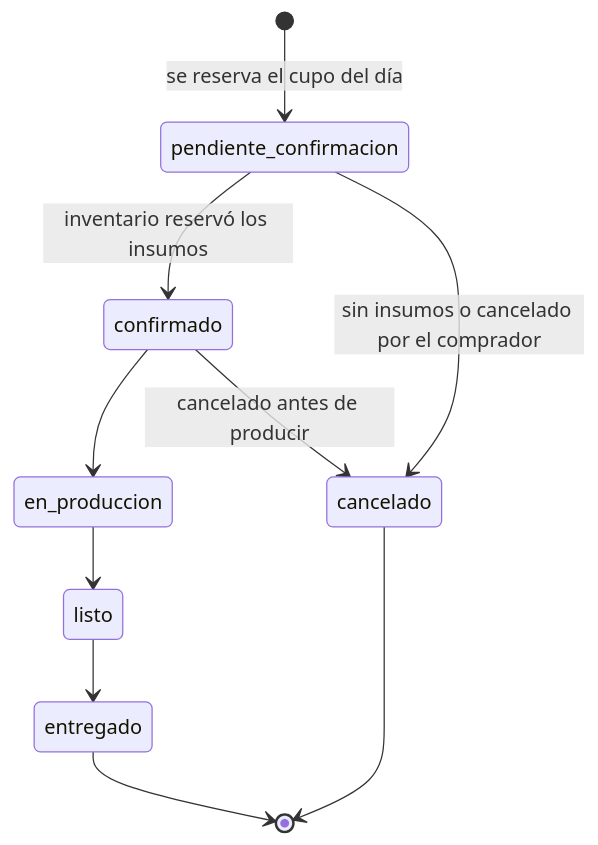
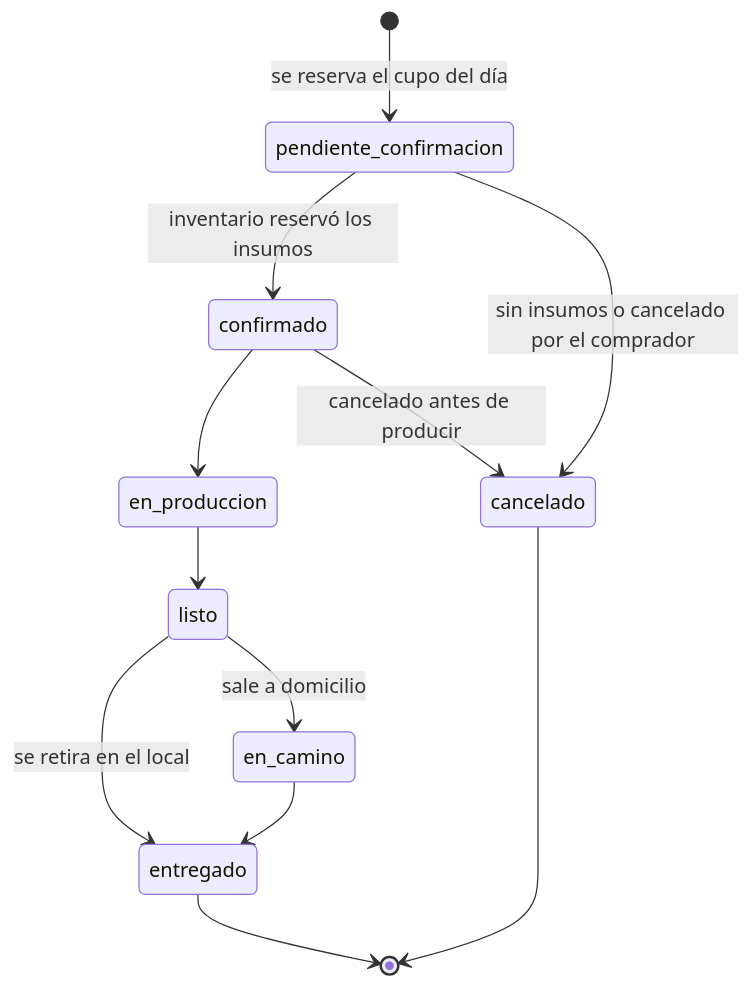
Before and after one commit to mariavlindonc/recienhechoapp: the third of 3 diagrams in docs/ARCHITECTURE.md, drawn with Mermaid. The commit also changed 10 other files, not shown here.

First line of the commit message:
feat(pedidos): agrega el estado en_camino para los envíos a domicilio

````diff
--- a/docs/ARCHITECTURE.md
+++ b/docs/ARCHITECTURE.md
@@ -117,12 +117,14 @@
 ```mermaid
 stateDiagram-v2
     [*] --> pendiente_confirmacion: se reserva el cupo del día
     pendiente_confirmacion --> confirmado: inventario reservó los insumos
     pendiente_confirmacion --> cancelado: sin insumos o cancelado por el comprador
     confirmado --> en_produccion
     confirmado --> cancelado: cancelado antes de producir
     en_produccion --> listo
-    listo --> entregado
+    listo --> entregado: se retira en el local
+    listo --> en_camino: sale a domicilio
+    en_camino --> entregado
     entregado --> [*]
     cancelado --> [*]
 ```
````
